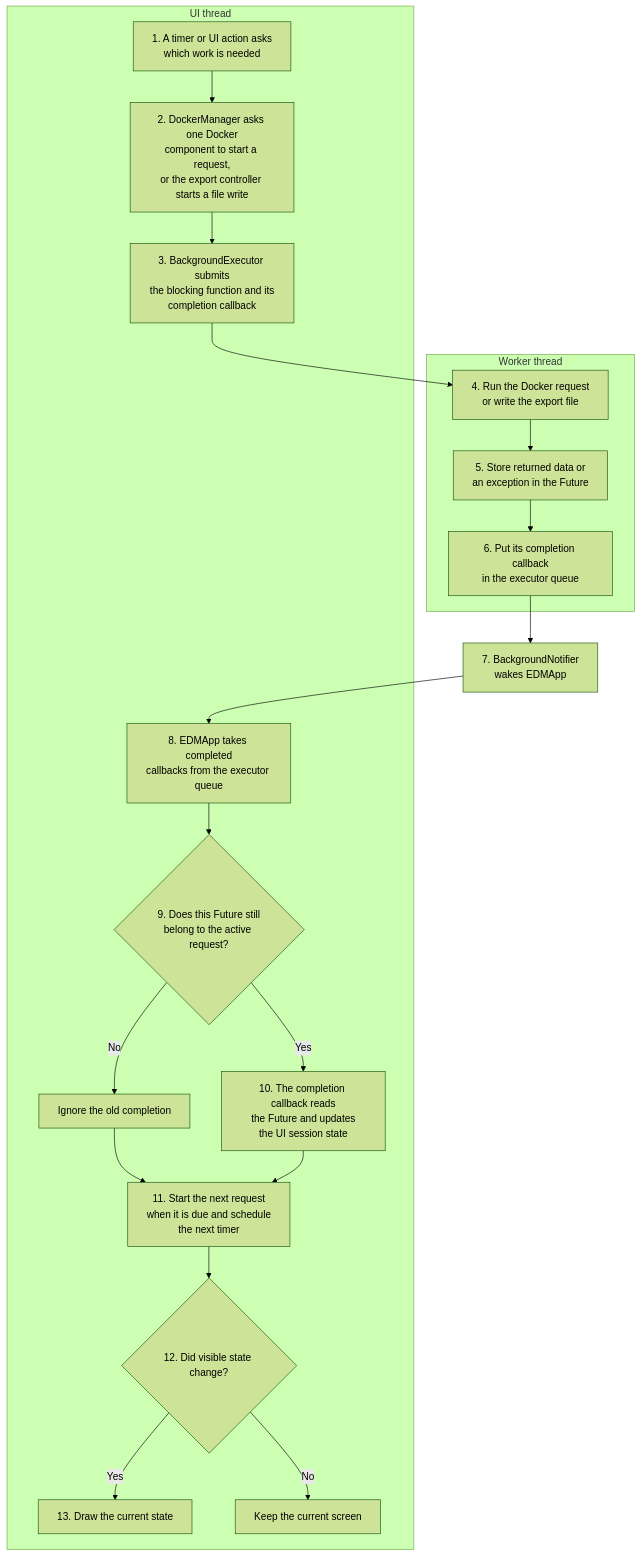
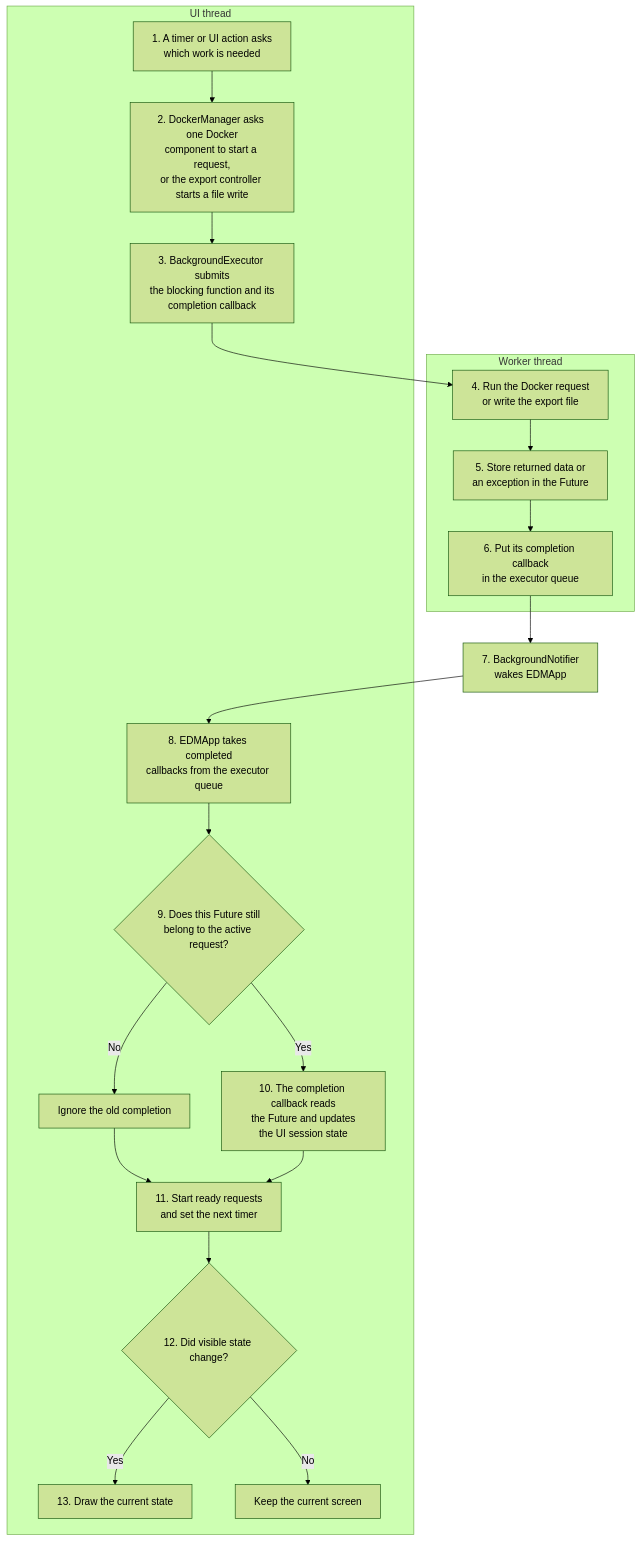
The fourth of 5 diagrams in DEVELOPMENT_GUIDE.md (arabnejad/edm), drawn with Mermaid (forest theme) before and after one commit. The commit also changed other lines of this file and 42 other files, not shown here.

````diff
--- a/DEVELOPMENT_GUIDE.md
+++ b/DEVELOPMENT_GUIDE.md
@@ -347,33 +344,33 @@
 ```mermaid
 flowchart TD
     subgraph UI[UI thread]
         Check[1. A timer or UI action asks<br/>which work is needed]
         Choose[2. DockerManager asks one Docker<br/>component to start a request,<br/>or the export controller starts a file write]
         Submit[3. BackgroundExecutor submits<br/>the blocking function and its<br/>completion callback]
         Receive[8. EDMApp takes completed<br/>callbacks from the executor queue]
         Current{9. Does this Future still<br/>belong to the active request?}
         Discard[Ignore the old completion]
         Apply[10. The completion callback reads<br/>the Future and updates<br/>the UI session state]
-        Schedule[11. Start the next request<br/>when it is due and schedule<br/>the next timer]
+        Schedule[11. Start ready requests<br/>and set the next timer]
         Changed{12. Did visible state change?}
         Draw[13. Draw the current state]
         Keep[Keep the current screen]
     end
 
     subgraph Worker[Worker thread]
         Request[4. Run the Docker request<br/>or write the export file]
         Finish[5. Store returned data or<br/>an exception in the Future]
         Queue[6. Put its completion callback<br/>in the executor queue]
     end
 
     Notify[7. BackgroundNotifier<br/>wakes EDMApp]
 
     Check --> Choose --> Submit --> Request
     Request --> Finish --> Queue --> Notify --> Receive
     Receive --> Current
     Current -- No --> Discard --> Schedule
     Current -- Yes --> Apply --> Schedule
     Schedule --> Changed
     Changed -- Yes --> Draw
     Changed -- No --> Keep
 ```
````
